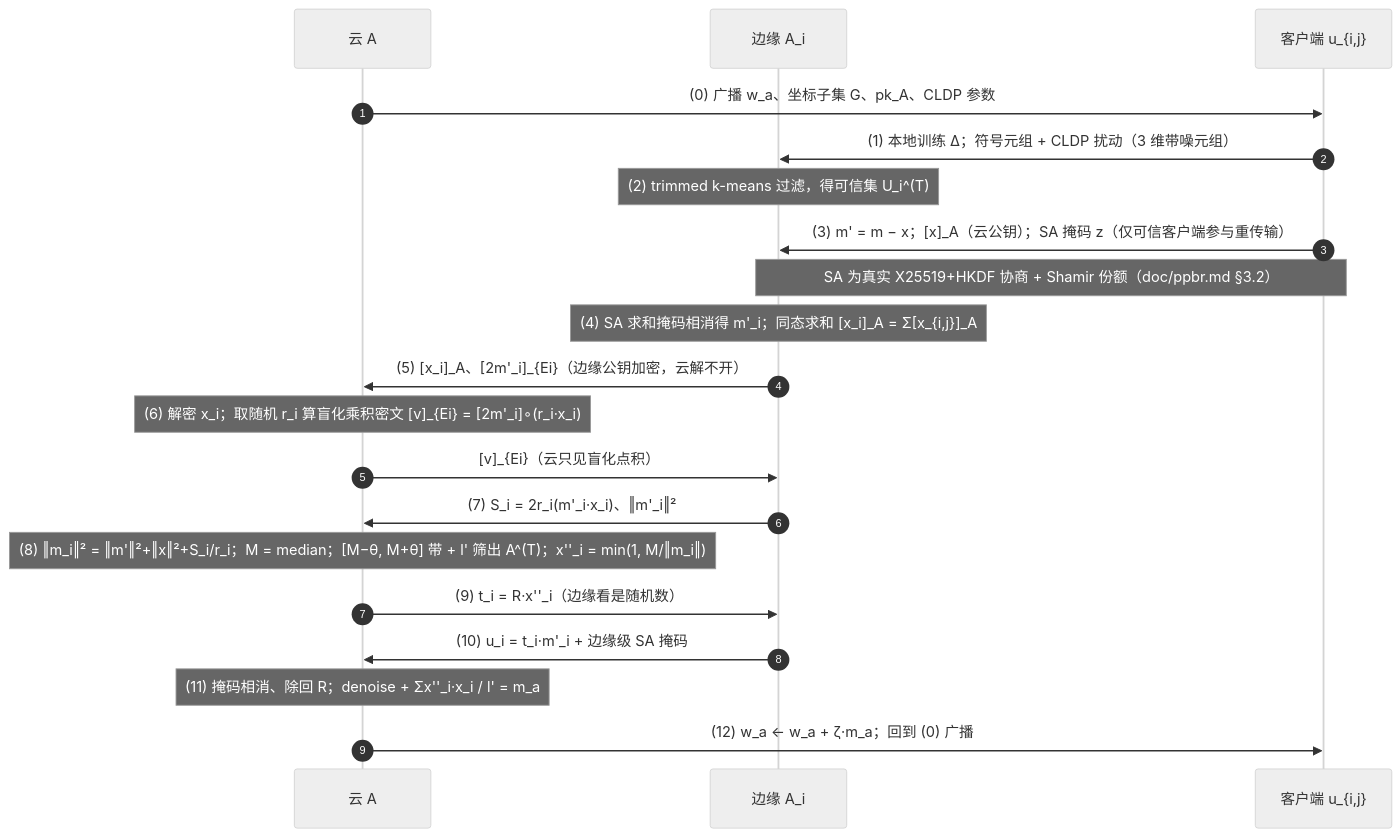
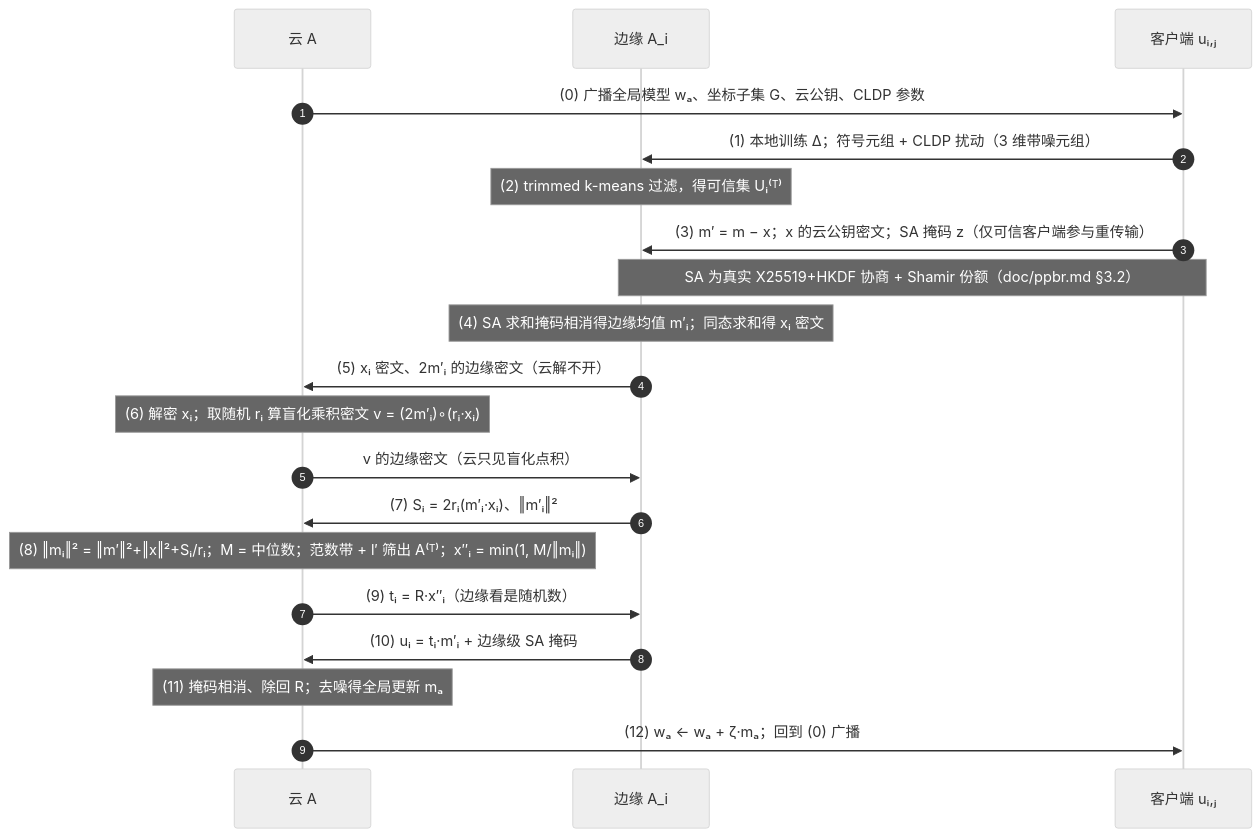
One commit to SZY12021130/HFL-Attack changed the diagram in README.md. Above: the diagram before and after it, drawn with Mermaid (neutral theme). The commit also changed other lines of this file, not shown here.

Commit message:
docs(readme): 时序图公式改 Unicode 数学文本，精确公式以 LaTeX 对照表呈现
- mermaid 图内不支持 LaTeX 渲染（GitHub 不会在 mermaid 块内跑 MathJax），
  图中公式改用 Unicode 文本：w_a→wₐ、m'_i→m′ᵢ、x''_i→x″ᵢ、[x]_A→「x 的云公钥密文」
- 图下新增 LaTeX 公式对照表（README 正文 $...$ 由 GitHub 原生渲染），
  覆盖噪声掩码、SA 掩码、范数盲化、裁剪、去噪聚合、全局更新全链路
- mermaid v11 官方解析器复验通过

````diff
--- a/README.md
+++ b/README.md
@@ -195,23 +195,23 @@
 ```mermaid
 sequenceDiagram
     autonumber
     participant C as 云 A
     participant E as 边缘 A_i
-    participant U as 客户端 u_{i,j}
+    participant U as 客户端 uᵢ,ⱼ
 
-    C->>U: (0) 广播 w_a、坐标子集 G、pk_A、CLDP 参数
+    C->>U: (0) 广播全局模型 wₐ、坐标子集 G、云公钥、CLDP 参数
     U->>E: (1) 本地训练 Δ；符号元组 + CLDP 扰动（3 维带噪元组）
-    Note over E: (2) trimmed k-means 过滤，得可信集 U_i^(T)
-    U->>E: (3) m' = m − x；[x]_A（云公钥）；SA 掩码 z（仅可信客户端参与重传输）
+    Note over E: (2) trimmed k-means 过滤，得可信集 Uᵢ⁽ᵀ⁾
+    U->>E: (3) m′ = m − x；x 的云公钥密文；SA 掩码 z（仅可信客户端参与重传输）
     Note over U,E: SA 为真实 X25519+HKDF 协商 + Shamir 份额（doc/ppbr.md §3.2）
-    Note over E: (4) SA 求和掩码相消得 m'_i；同态求和 [x_i]_A = Σ[x_{i,j}]_A
-    E->>C: (5) [x_i]_A、[2m'_i]_{Ei}（边缘公钥加密，云解不开）
-    Note over C: (6) 解密 x_i；取随机 r_i 算盲化乘积密文 [v]_{Ei} = [2m'_i]∘(r_i·x_i)
-    C->>E: [v]_{Ei}（云只见盲化点积）
-    E->>C: (7) S_i = 2r_i(m'_i·x_i)、‖m'_i‖²
-    Note over C: (8) ‖m_i‖² = ‖m'‖²+‖x‖²+S_i/r_i；M = median；[M−θ, M+θ] 带 + l' 筛出 A^(T)；x''_i = min(1, M/‖m_i‖)
-    C->>E: (9) t_i = R·x''_i（边缘看是随机数）
-    E->>C: (10) u_i = t_i·m'_i + 边缘级 SA 掩码
-    Note over C: (11) 掩码相消、除回 R；denoise + Σx''_i·x_i / l' = m_a
-    C->>U: (12) w_a ← w_a + ζ·m_a；回到 (0) 广播
+    Note over E: (4) SA 求和掩码相消得边缘均值 m′ᵢ；同态求和得 xᵢ 密文
+    E->>C: (5) xᵢ 密文、2m′ᵢ 的边缘密文（云解不开）
+    Note over C: (6) 解密 xᵢ；取随机 rᵢ 算盲化乘积密文 v = (2m′ᵢ)∘(rᵢ·xᵢ)
+    C->>E: v 的边缘密文（云只见盲化点积）
+    E->>C: (7) Sᵢ = 2rᵢ(m′ᵢ·xᵢ)、‖m′ᵢ‖²
+    Note over C: (8) ‖mᵢ‖² = ‖m′‖²+‖x‖²+Sᵢ/rᵢ；M = 中位数；范数带 + l′ 筛出 A⁽ᵀ⁾；x″ᵢ = min(1, M/‖mᵢ‖)
+    C->>E: (9) tᵢ = R·x″ᵢ（边缘看是随机数）
+    E->>C: (10) uᵢ = tᵢ·m′ᵢ + 边缘级 SA 掩码
+    Note over C: (11) 掩码相消、除回 R；去噪得全局更新 mₐ
+    C->>U: (12) wₐ ← wₐ + ζ·mₐ；回到 (0) 广播
 ```
````
